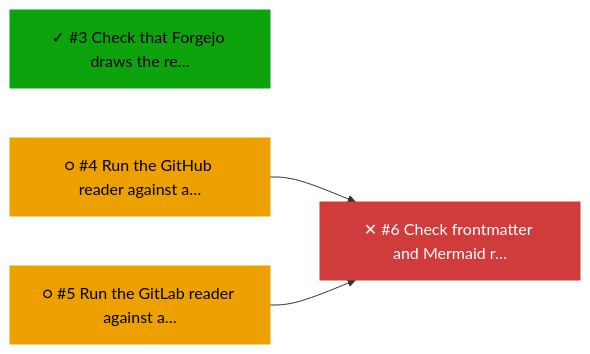
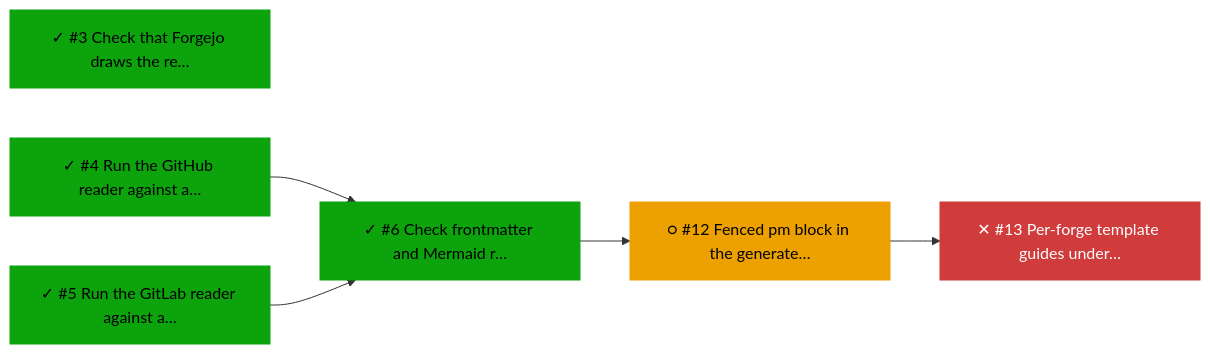
The second of 3 diagrams in forges.md (bvraghav/pmtrack), drawn with Mermaid before and after one commit. The commit also changed other lines of this file and 4 other files, not shown here.

````diff
--- a/forges.md
+++ b/forges.md
@@ -44,15 +50,19 @@
 ```mermaid
 flowchart LR
-  n0["✓ #3 Check that Forgejo draws the re…"]:::done
-  n1["○ #4 Run the GitHub reader against a…"]:::ready
-  n2["○ #5 Run the GitLab reader against a…"]:::ready
-  n3["✕ #6 Check frontmatter and Mermaid r…"]:::blocked
-  n1 --> n3
-  n2 --> n3
+  n0["○ #12 Fenced pm block in the generate…"]:::ready
+  n1["✕ #13 Per-forge template guides under…"]:::blocked
+  n2["✓ #3 Check that Forgejo draws the re…"]:::done
+  n3["✓ #4 Run the GitHub reader against a…"]:::done
+  n4["✓ #5 Run the GitLab reader against a…"]:::done
+  n5["✓ #6 Check frontmatter and Mermaid r…"]:::done
+  n5 --> n0
+  n0 --> n1
+  n3 --> n5
+  n4 --> n5
   classDef done fill:#0ca30c,color:#000,stroke:#0ca30c
   classDef active fill:#2a78d6,color:#fff,stroke:#2a78d6
   classDef ready fill:#eda100,color:#000,stroke:#eda100
   classDef blocked fill:#d03b3b,color:#fff,stroke:#d03b3b
   classDef unknown fill:#898781,color:#000,stroke:#898781
   classDef dropped fill:#898781,color:#000,stroke:#898781
 ```
````
